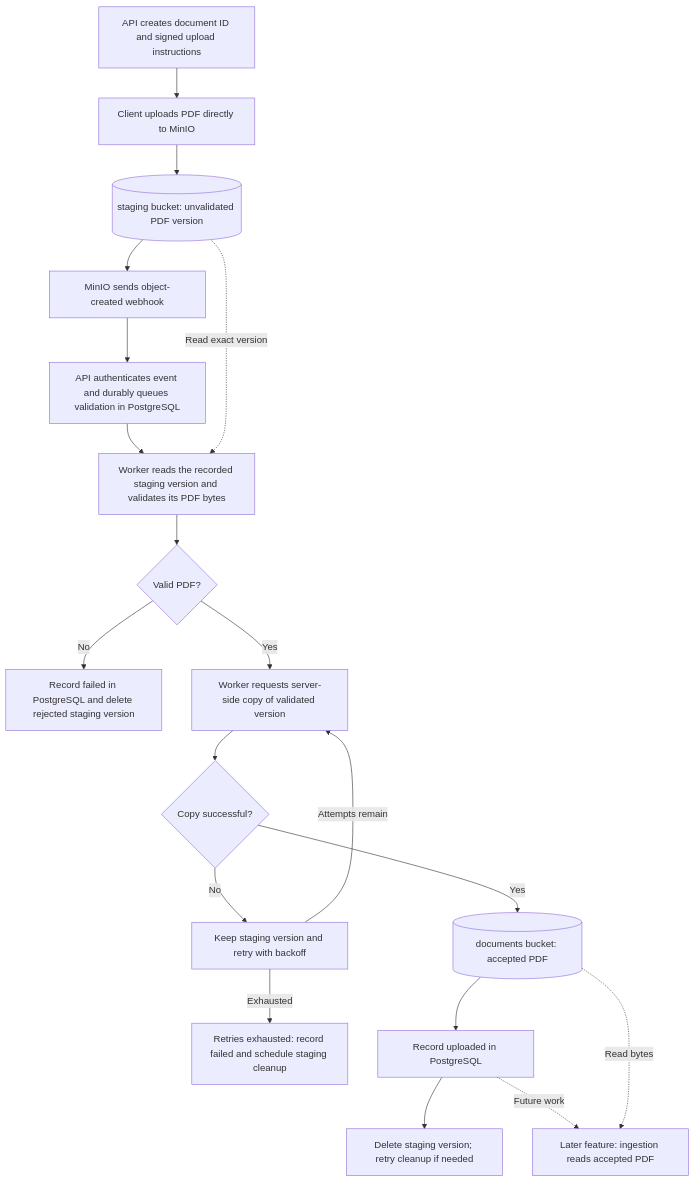
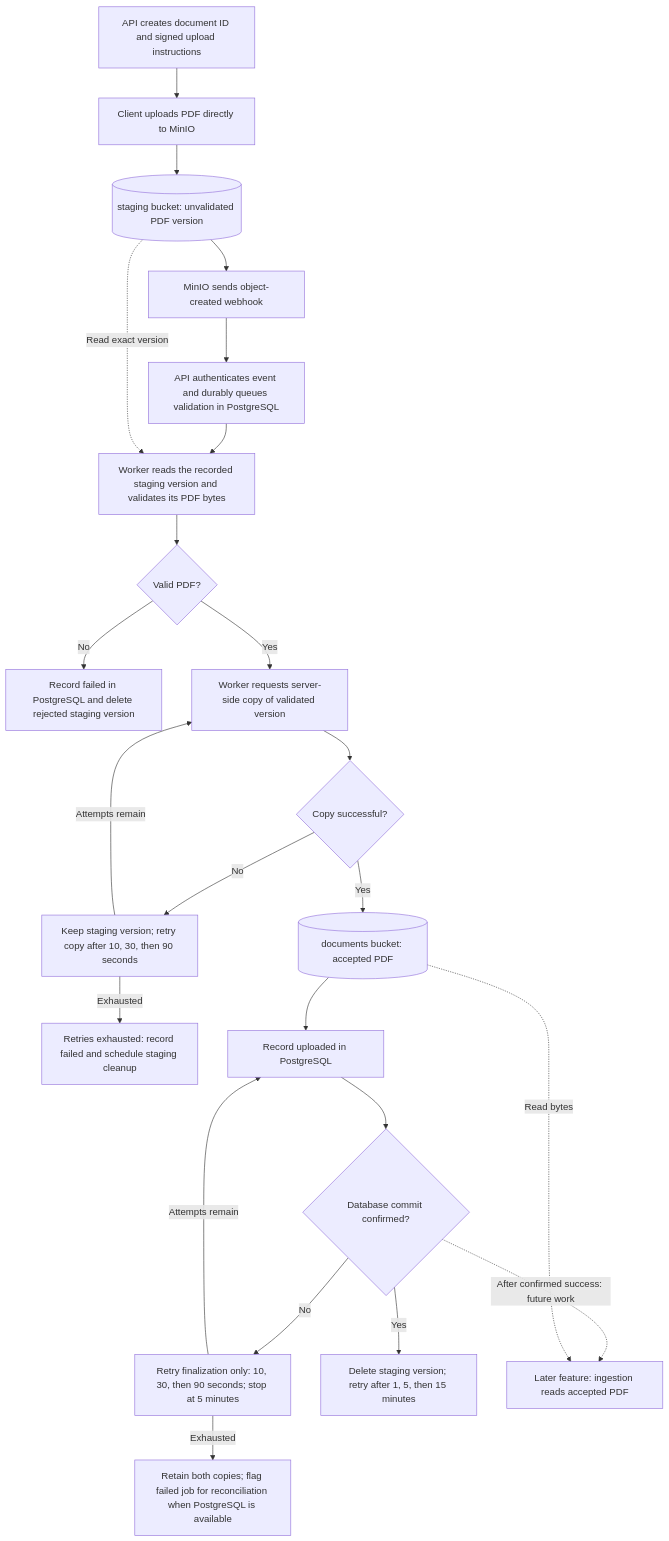
The diagram in docs/plan/pdf-upload-design.md (Jefray-alt/doc-ai-node), drawn with Mermaid before and after one commit. The commit also changed other lines of this file and 1 other file, not shown here.

Commit message:
docs: specify upload worker retry deadlines and recovery

````diff
--- a/docs/plan/pdf-upload-design.md
+++ b/docs/plan/pdf-upload-design.md
@@ -77,31 +77,38 @@
 ```mermaid
 flowchart TD
     Reserve["API creates document ID and signed upload instructions"]
     Upload["Client uploads PDF directly to MinIO"]
     Staging[("staging bucket: unvalidated PDF version")]
     Event["MinIO sends object-created webhook"]
     Queue["API authenticates event and durably queues validation in PostgreSQL"]
     Validate["Worker reads the recorded staging version and validates its PDF bytes"]
     Valid{"Valid PDF?"}
     Reject["Record failed in PostgreSQL and delete rejected staging version"]
     Copy["Worker requests server-side copy of validated version"]
     Copied{"Copy successful?"}
-    Retry["Keep staging version and retry with backoff"]
+    Retry["Keep staging version; retry copy after 10, 30, then 90 seconds"]
     Exhausted["Retries exhausted: record failed and schedule staging cleanup"]
     Documents[("documents bucket: accepted PDF")]
     Record["Record uploaded in PostgreSQL"]
-    Delete["Delete staging version; retry cleanup if needed"]
+    Recorded{"Database commit confirmed?"}
+    FinalizeRetry["Retry finalization only: 10, 30, then 90 seconds; stop at 5 minutes"]
+    Reconcile["Retain both copies; flag failed job for reconciliation when PostgreSQL is available"]
+    Delete["Delete staging version; retry after 1, 5, then 15 minutes"]
     Later["Later feature: ingestion reads accepted PDF"]
 
     Reserve --> Upload --> Staging --> Event --> Queue --> Validate --> Valid
     Staging -. "Read exact version" .-> Validate
     Valid -- No --> Reject
     Valid -- Yes --> Copy --> Copied
     Copied -- No --> Retry
     Retry -- "Attempts remain" --> Copy
     Retry -- "Exhausted" --> Exhausted
     Copied -- Yes --> Documents --> Record
-    Record --> Delete
-    Record -. "Future work" .-> Later
+    Record --> Recorded
+    Recorded -- Yes --> Delete
+    Recorded -- No --> FinalizeRetry
+    FinalizeRetry -- "Attempts remain" --> Record
+    FinalizeRetry -- "Exhausted" --> Reconcile
+    Recorded -. "After confirmed success: future work" .-> Later
     Documents -. "Read bytes" .-> Later
 ```
````
